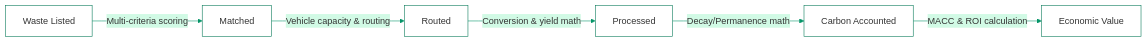
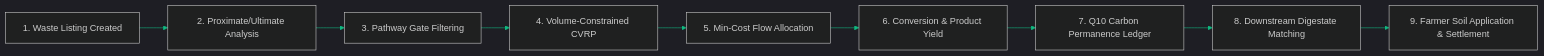
One commit to GalacticVraj/APSV changed the second of 4 diagrams in README.md. Above: the diagram before and after it, drawn with Mermaid. The commit also changed other lines of this file, not shown here.

````diff
--- a/README.md
+++ b/README.md
@@ -76,9 +152,12 @@
 ```mermaid
-%%{init: {'theme': 'base', 'themeVariables': { 'primaryColor': '#ffffff', 'primaryTextColor': '#333333', 'primaryBorderColor': '#047857', 'lineColor': '#059669', 'secondaryColor': '#d1fae5', 'fontFamily': 'sans-serif'}}}%%
+%%{init: {'theme': 'dark', 'themeVariables': { 'primaryColor': '#059669', 'lineColor': '#10b981'}}}%%
 flowchart LR
-    W[Waste Listed] -->|Multi-criteria scoring| M[Matched]
-    M -->|Vehicle capacity & routing| R[Routed]
-    R -->|Conversion & yield math| P[Processed]
-    P -->|Decay/Permanence math| C[Carbon Accounted]
-    C -->|MACC & ROI calculation| E[Economic Value]
+    A[1. Waste Listing Created] --> B[2. Proximate/Ultimate Analysis]
+    B --> C[3. Pathway Gate Filtering]
+    C --> D[4. Volume-Constrained CVRP]
+    D --> E[5. Min-Cost Flow Allocation]
+    E --> F[6. Conversion & Product Yield]
+    F --> G[7. Q10 Carbon Permanence Ledger]
+    G --> H[8. Downstream Digestate Matching]
+    H --> I[9. Farmer Soil Application & Settlement]
 ```
````
